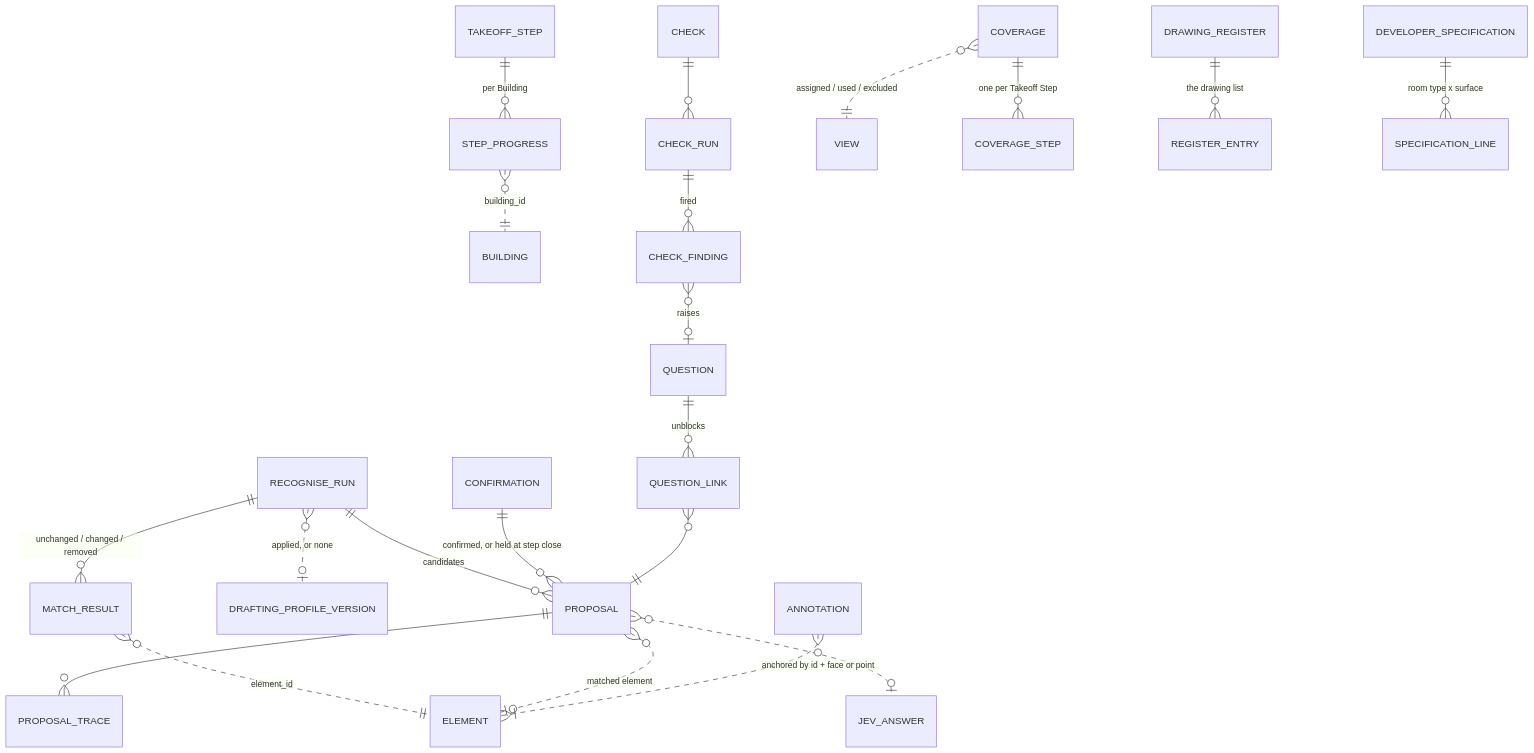
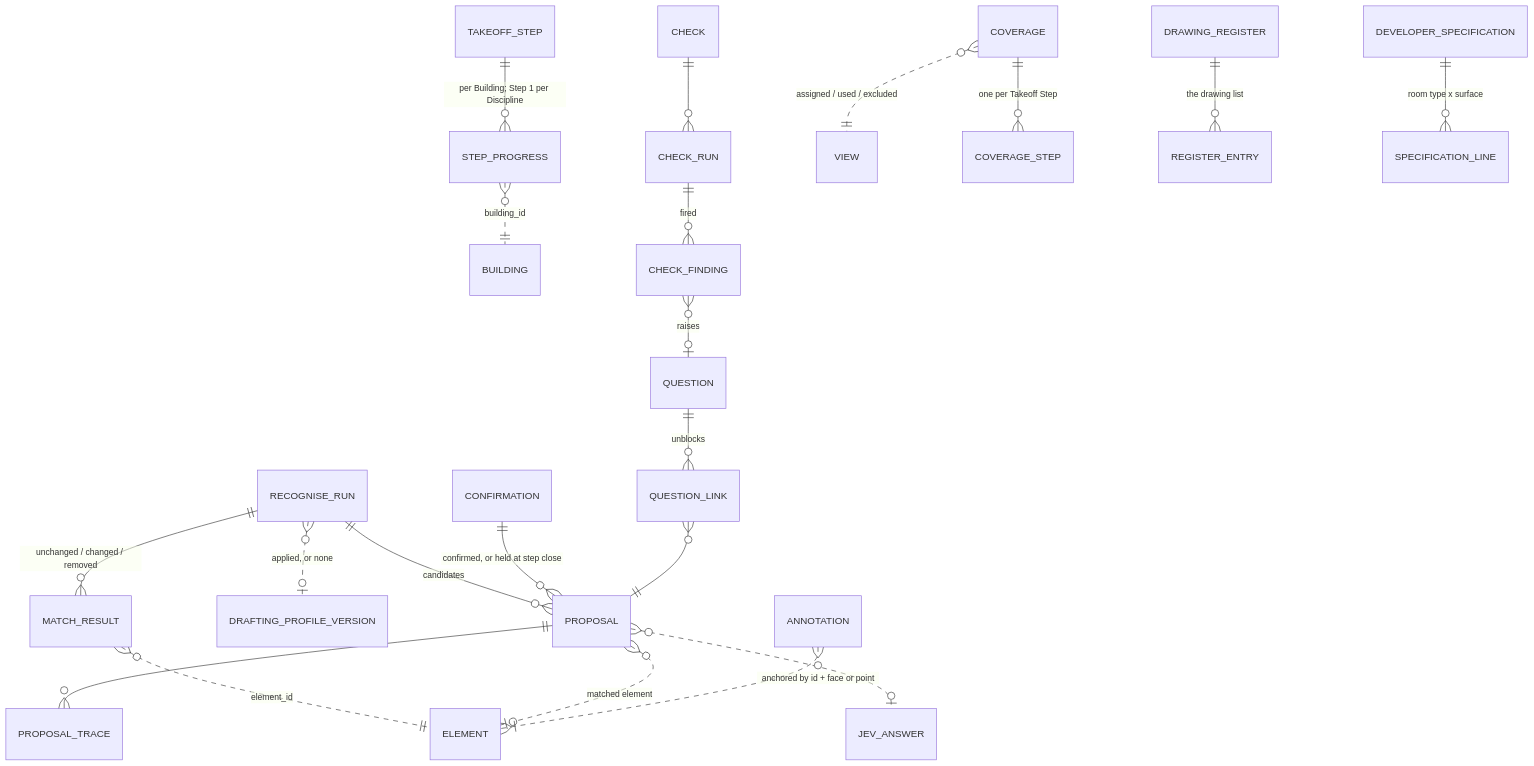
One commit to vextrus/vextrus-cubit changed the third of 5 diagrams in docs/data-model.md. Above: the diagram before and after it, drawn with Mermaid. The commit also changed other lines of this file and 3 other files, not shown here.

Commit message:
docs: data model, architecture, sdlc and ADR 0034 fixed to the plan's reviews (RLS without FORCE, Library rule, Step 1 per Discipline)

````diff
--- a/docs/data-model.md
+++ b/docs/data-model.md
@@ -630,23 +755,23 @@
 ```mermaid
 erDiagram
-    TAKEOFF_STEP ||--o{ STEP_PROGRESS : "per Building"
+    TAKEOFF_STEP ||--o{ STEP_PROGRESS : "per Building; Step 1 per Discipline"
     STEP_PROGRESS }o..|| BUILDING : "building_id"
     RECOGNISE_RUN ||--o{ PROPOSAL : "candidates"
     RECOGNISE_RUN }o..o| DRAFTING_PROFILE_VERSION : "applied, or none"
     RECOGNISE_RUN ||--o{ MATCH_RESULT : "unchanged / changed / removed"
     MATCH_RESULT }o..|| ELEMENT : "element_id"
     PROPOSAL ||--o{ PROPOSAL_TRACE : ""
     PROPOSAL }o..o| ELEMENT : "matched element"
     PROPOSAL }o..o| JEV_ANSWER : ""
     CONFIRMATION ||--o{ PROPOSAL : "confirmed, or held at step close"
     QUESTION ||--o{ QUESTION_LINK : "unblocks"
     QUESTION_LINK }o--|| PROPOSAL : ""
     CHECK ||--o{ CHECK_RUN : ""
     CHECK_RUN ||--o{ CHECK_FINDING : "fired"
     CHECK_FINDING }o--o| QUESTION : "raises"
     COVERAGE }o..|| VIEW : "assigned / used / excluded"
     COVERAGE ||--o{ COVERAGE_STEP : "one per Takeoff Step"
     DRAWING_REGISTER ||--o{ REGISTER_ENTRY : "the drawing list"
     DEVELOPER_SPECIFICATION ||--o{ SPECIFICATION_LINE : "room type x surface"
     ANNOTATION }o..|{ ELEMENT : "anchored by id + face or point"
 ```
````
